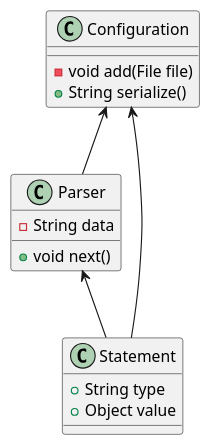
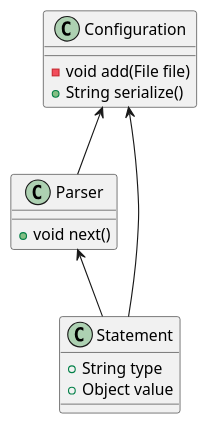
One commit to vtambourine/ini-processor changed the diagram in docs/structure.puml. Above: the diagram before and after it, drawn with PlantUML. The commit also changed 4 other files, not shown here.

```diff
--- a/docs/structure.puml
+++ b/docs/structure.puml
@@ -1,22 +1,21 @@
 @startuml
 
 class Parser {
-    - String data
     + void next()
 }
 
 class Statement {
     + String type
     + Object value
 }
 
 class Configuration {
     - void add(File file)
     + String serialize()
 }
 
 Parser <-- Statement
 Configuration <-- Parser
 Configuration <-- Statement
 
 @enduml
```
